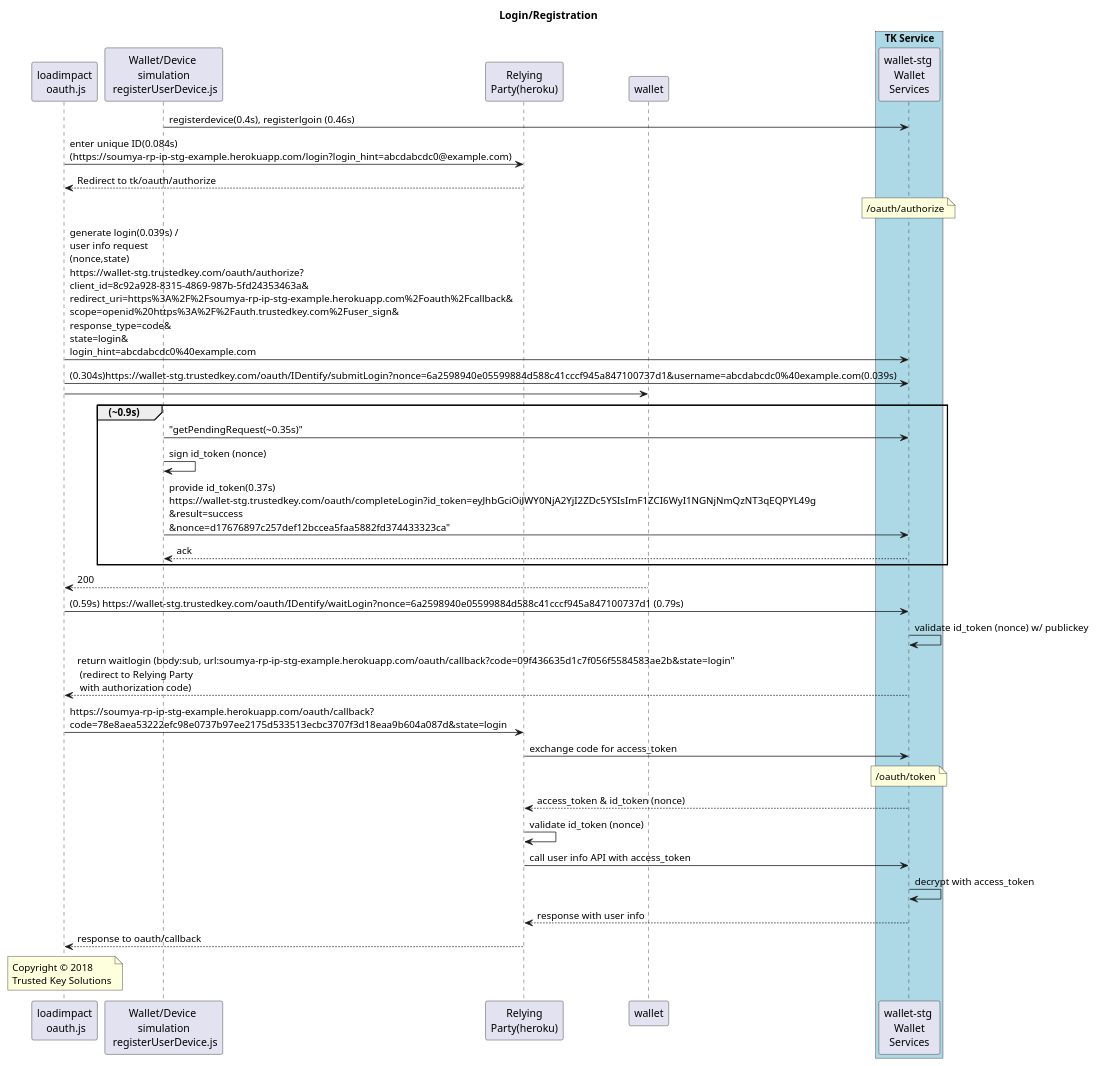
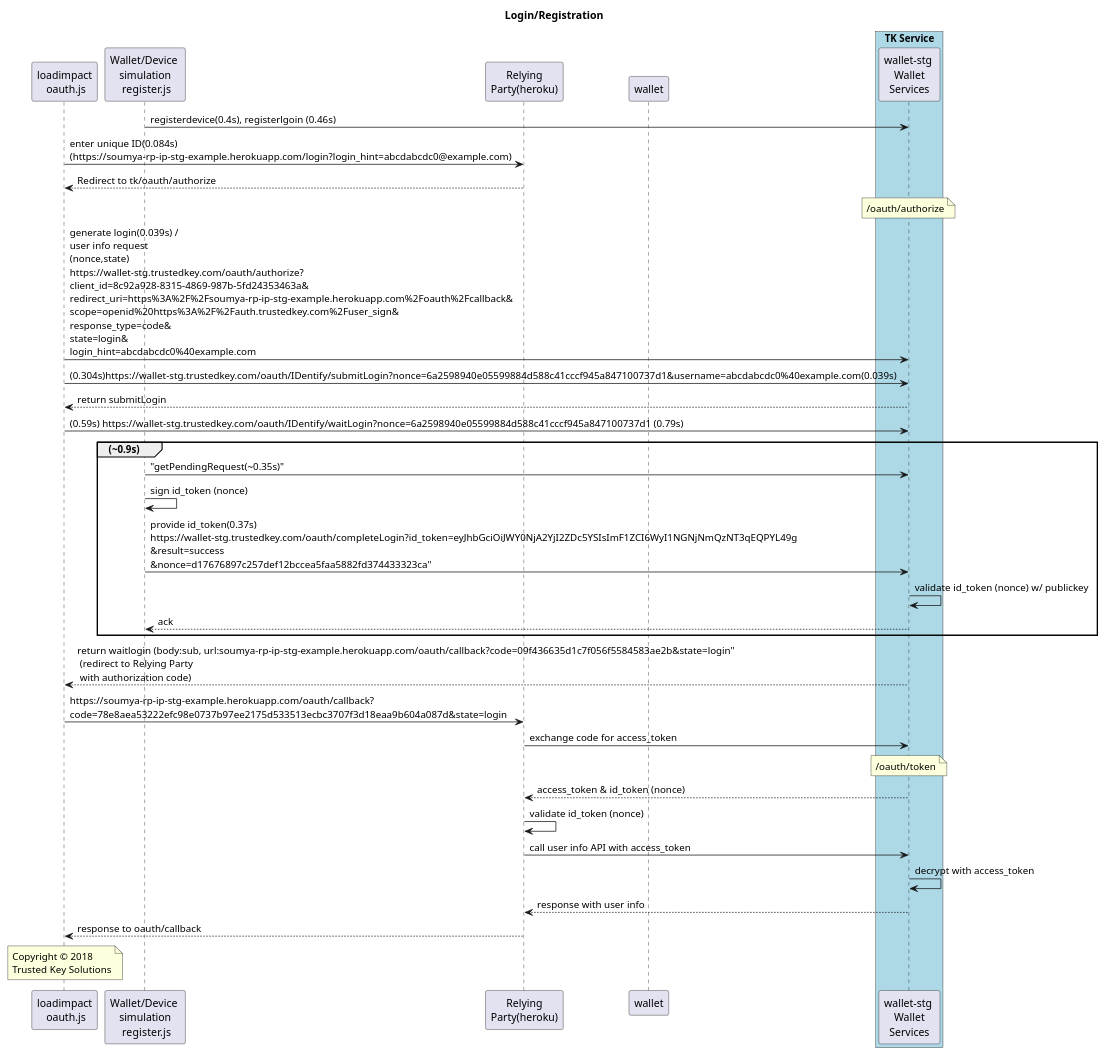
One commit to soumyaVPS/k6perf changed the diagram in Login-Registration v1.0.puml. Above: the diagram before and after it, drawn with PlantUML. The commit also changed 18 other files, not shown here.

```diff
--- a/Login-Registration v1.0.puml
+++ b/Login-Registration v1.0.puml
@@ -1,51 +1,51 @@
 @startuml
 
 title Login/Registration
 
 participant "loadimpact\n oauth.js" as User
-participant "Wallet/Device \n simulation \n registerUserDevice.js" as Wallet
+participant "Wallet/Device \n simulation \n register.js" as Wallet
 participant "Relying\nParty(heroku)" as RP
 participant "wallet-stg \nWallet\nServices" as WS
 participant "wallet"
 box "TK Service" #LightBlue
 	participant WS
 end box
 
 
 Wallet->WS: registerdevice(0.4s), registerlgoin (0.46s)
 User->RP: enter unique ID(0.084s)\n(https://soumya-rp-ip-stg-example.herokuapp.com/login?login_hint=abcdabcdc0@example.com)
 RP-->User:Redirect to tk/oauth/authorize
 note over WS: /oauth/authorize
 User->WS: generate login(0.039s) / \nuser info request\n(nonce,state) \nhttps://wallet-stg.trustedkey.com/oauth/authorize?\nclient_id=8c92a928-8315-4869-987b-5fd24353463a&\nredirect_uri=https%3A%2F%2Fsoumya-rp-ip-stg-example.herokuapp.com%2Foauth%2Fcallback&\nscope=openid%20https%3A%2F%2Fauth.trustedkey.com%2Fuser_sign&\nresponse_type=code&\nstate=login&\nlogin_hint=abcdabcdc0%40example.com
 
 User->WS: (0.304s)https://wallet-stg.trustedkey.com/oauth/IDentify/submitLogin?nonce=6a2598940e05599884d588c41cccf945a847100737d1&username=abcdabcdc0%40example.com(0.039s)
-User->wallet
+WS-->User: return submitLogin
+
+User->WS: (0.59s) https://wallet-stg.trustedkey.com/oauth/IDentify/waitLogin?nonce=6a2598940e05599884d588c41cccf945a847100737d1 (0.79s)
+
 group (~0.9s)
 Wallet->WS: "getPendingRequest(~0.35s)"
 Wallet->Wallet: sign id_token (nonce)
 Wallet->WS: provide id_token(0.37s) \nhttps://wallet-stg.trustedkey.com/oauth/completeLogin?id_token=eyJhbGciOiJWY0NjA2YjI2ZDc5YSIsImF1ZCI6WyI1NGNjNmQzNT3qEQPYL49g\n&result=success\n&nonce=d17676897c257def12bccea5faa5882fd374433323ca"
+WS->WS: validate id_token (nonce) w/ publickey
 WS-->Wallet: ack
 end
-wallet-->User: 200
 
-User->WS: (0.59s) https://wallet-stg.trustedkey.com/oauth/IDentify/waitLogin?nonce=6a2598940e05599884d588c41cccf945a847100737d1 (0.79s)
-
-WS->WS: validate id_token (nonce) w/ publickey
 WS-->User: return waitlogin (body:sub, url:soumya-rp-ip-stg-example.herokuapp.com/oauth/callback?code=09f436635d1c7f056f5584583ae2b&state=login"\n (redirect to Relying Party\n with authorization code)
 User->RP: https://soumya-rp-ip-stg-example.herokuapp.com/oauth/callback?\ncode=78e8aea53222efc98e0737b97ee2175d533513ecbc3707f3d18eaa9b604a087d&state=login
 
 RP->WS: exchange code for access_token
 note over WS: /oauth/token
 WS-->RP: access_token & id_token (nonce)
 RP->RP: validate id_token (nonce)
 
 RP->WS: call user info API with access_token
 
 WS->WS: decrypt with access_token
 WS-->RP: response with user info
 RP-->User: response to oauth/callback
 
 
 note over User: Copyright © 2018\nTrusted Key Solutions
 
 @enduml
```
